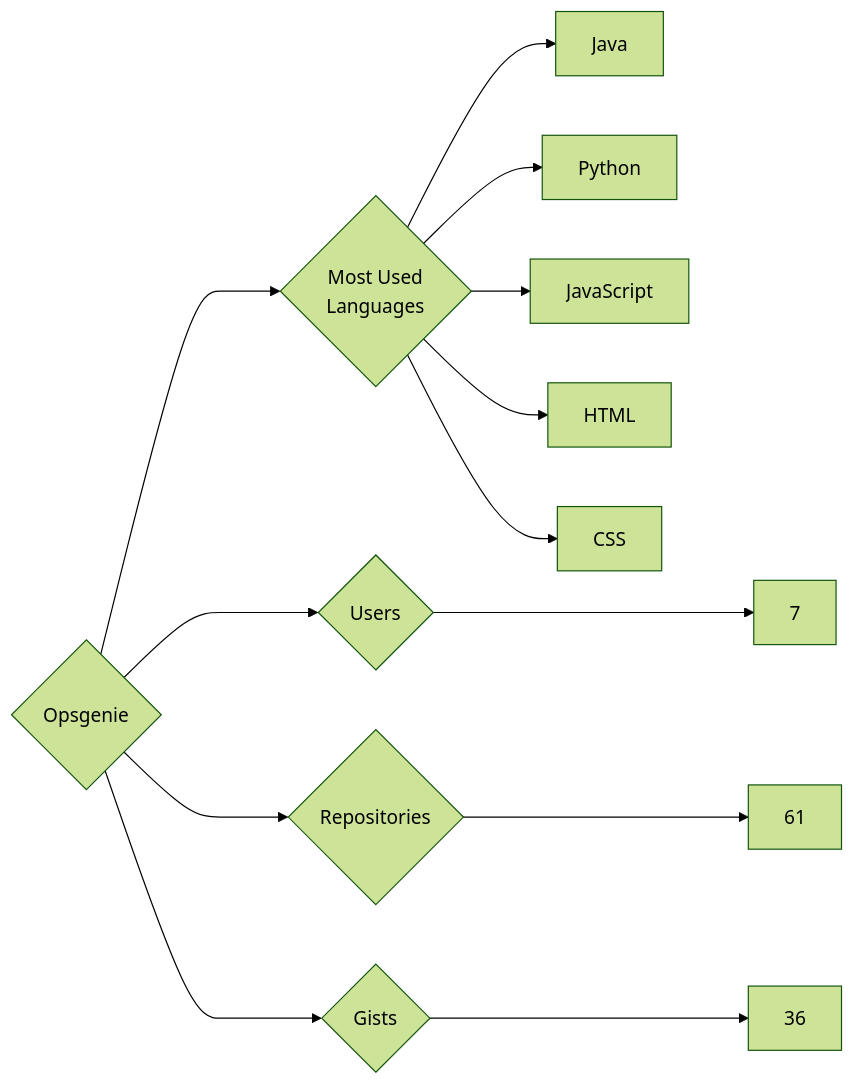
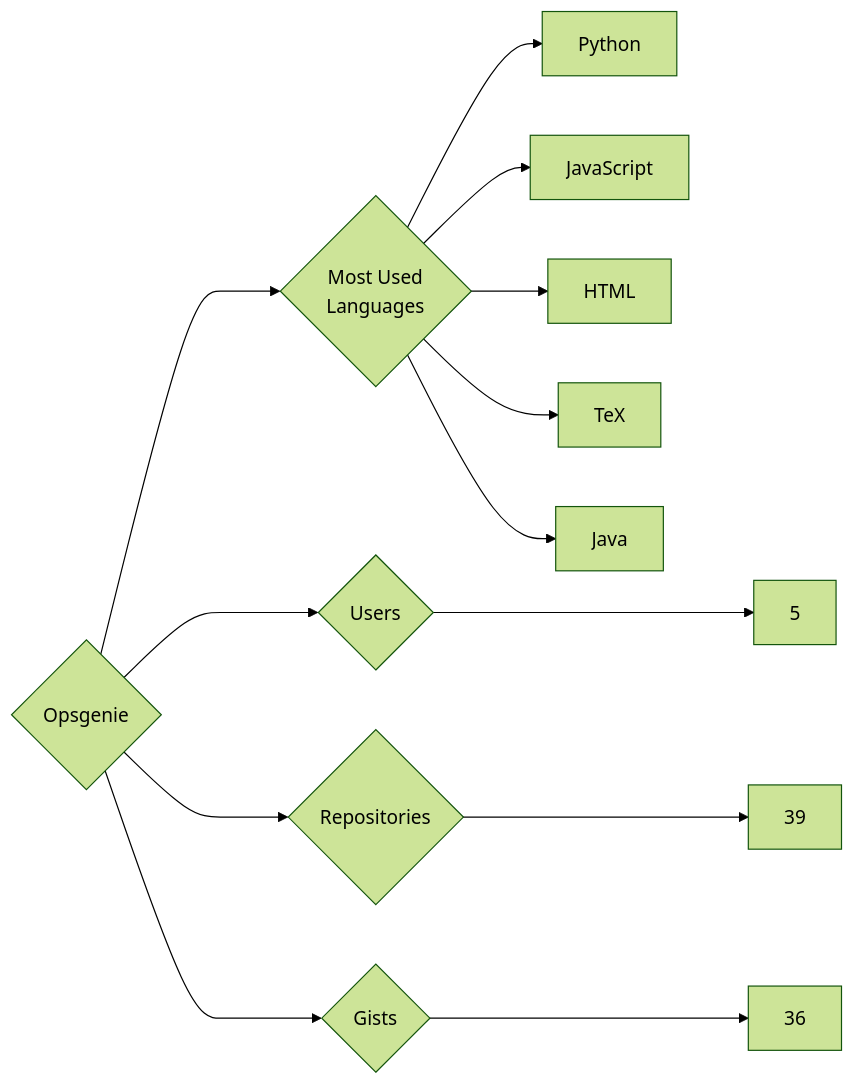
One commit to trickest/insiders changed the diagram in targets/Opsgenie/README.md. Above: the diagram before and after it, drawn with Mermaid (forest theme). The commit also changed 895 other files, not shown here.

````diff
--- a/targets/Opsgenie/README.md
+++ b/targets/Opsgenie/README.md
@@ -3,13 +3,13 @@
 ```mermaid
 graph LR
 COMPANY_NAME{Opsgenie}
-COMPANY_NAME ---> U{Users} ---> UN[7]
-COMPANY_NAME ---> R{Repositories} ---> RN[61]
+COMPANY_NAME ---> U{Users} ---> UN[5]
+COMPANY_NAME ---> R{Repositories} ---> RN[39]
 COMPANY_NAME ---> G{Gists} ---> GN[36]
 COMPANY_NAME ---> ML{Most Used<br>Languages}
-ML --> Java[Java]
 ML --> Python[Python]
 ML --> JavaScript[JavaScript]
 ML --> HTML[HTML]
-ML --> CSS[CSS]
+ML --> TeX[TeX]
+ML --> Java[Java]
 ```
````
